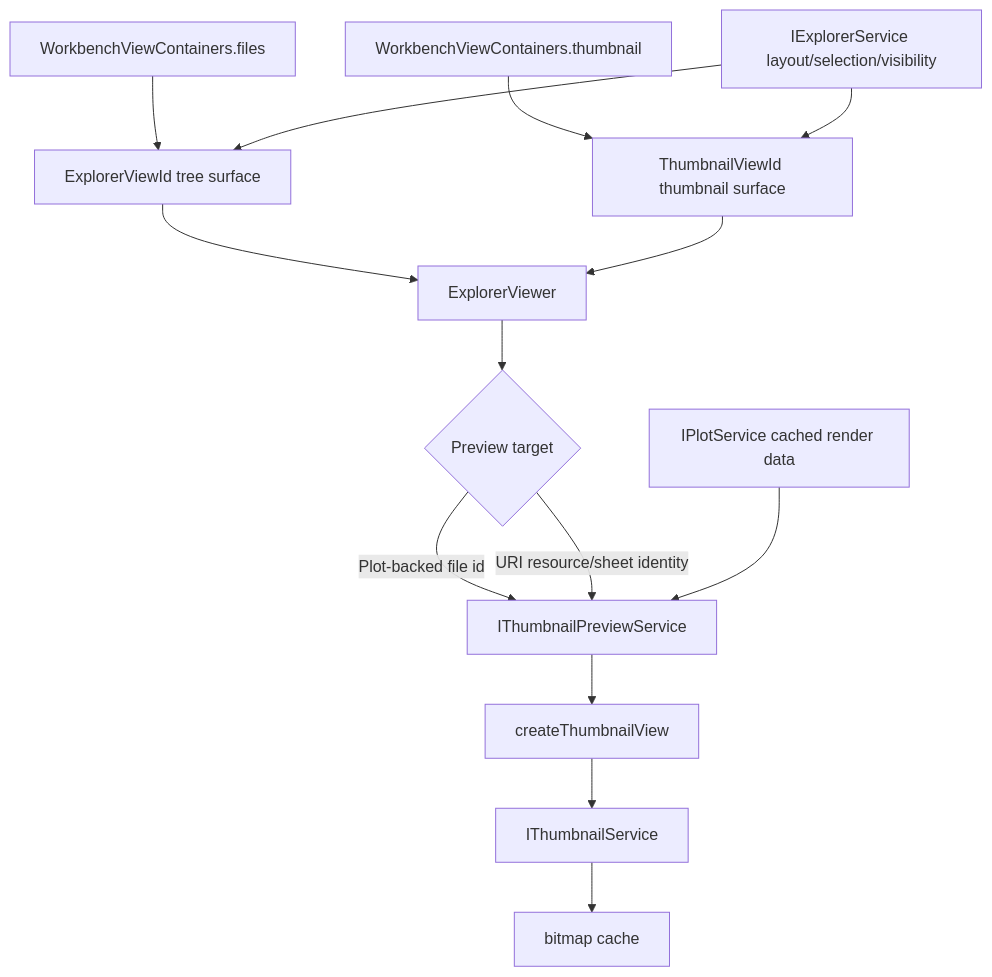
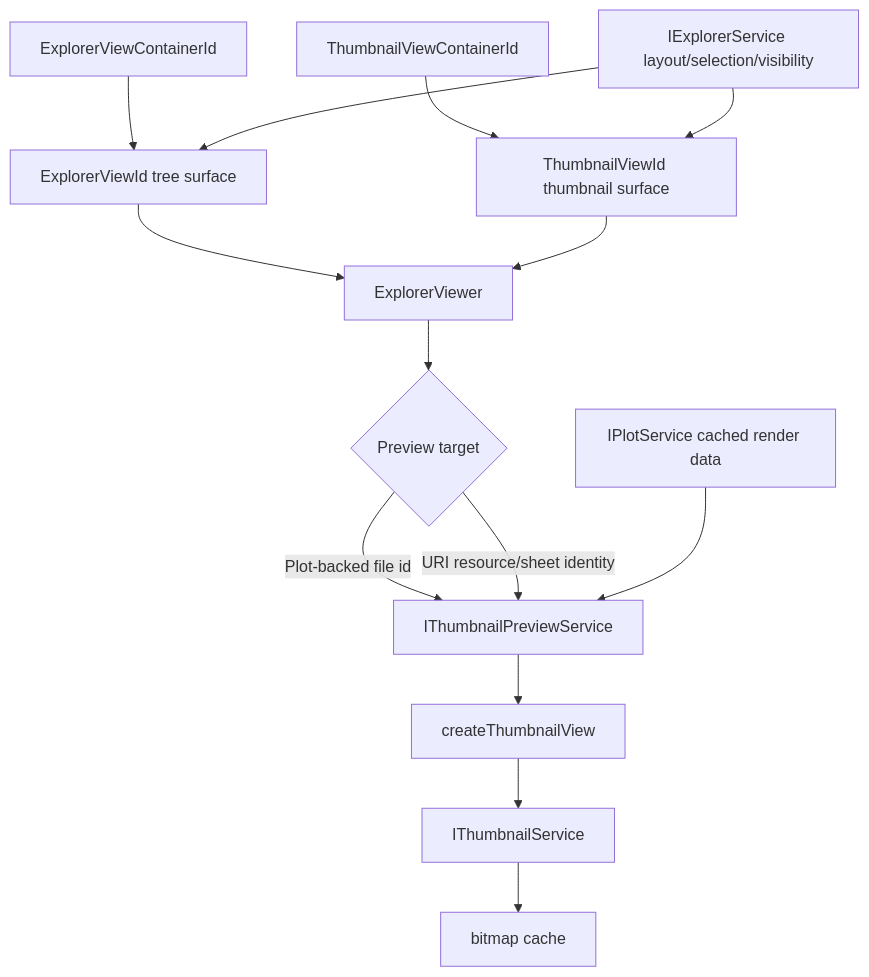
The diagram in .github/instructions/thumbnail.instructions.md (chogng/conductor), drawn with Mermaid before and after one commit. The commit also changed other lines of this file and 25 other files, not shown here.

First line of the commit message:
refactor(workbench): retire shared view container map

````diff
--- a/.github/instructions/thumbnail.instructions.md
+++ b/.github/instructions/thumbnail.instructions.md
@@ -85,16 +85,16 @@
 ```mermaid
 flowchart TD
-    WorkbenchFilesContainer[WorkbenchViewContainers.files] --> ExplorerSurface[ExplorerViewId tree surface]
-    WorkbenchThumbnailContainer[WorkbenchViewContainers.thumbnail] --> ThumbnailSurface[ThumbnailViewId thumbnail surface]
+    WorkbenchFilesContainer[ExplorerViewContainerId] --> ExplorerSurface[ExplorerViewId tree surface]
+    WorkbenchThumbnailContainer[ThumbnailViewContainerId] --> ThumbnailSurface[ThumbnailViewId thumbnail surface]
     ExplorerService[IExplorerService layout/selection/visibility] --> ExplorerSurface
     ExplorerService --> ThumbnailSurface
     ExplorerSurface --> ExplorerViewer[ExplorerViewer]
     ThumbnailSurface --> ExplorerViewer
     ExplorerViewer --> PreviewTarget{Preview target}
     PreviewTarget -->|Plot-backed file id| ThumbnailPreviewService[IThumbnailPreviewService]
     PreviewTarget -->|URI resource/sheet identity| ThumbnailPreviewService
     Plot[IPlotService cached render data] --> ThumbnailPreviewService
     ThumbnailPreviewService --> ThumbnailView[createThumbnailView]
     ThumbnailView --> ThumbnailService[IThumbnailService]
     ThumbnailService --> Cache[bitmap cache]
 ```
````
